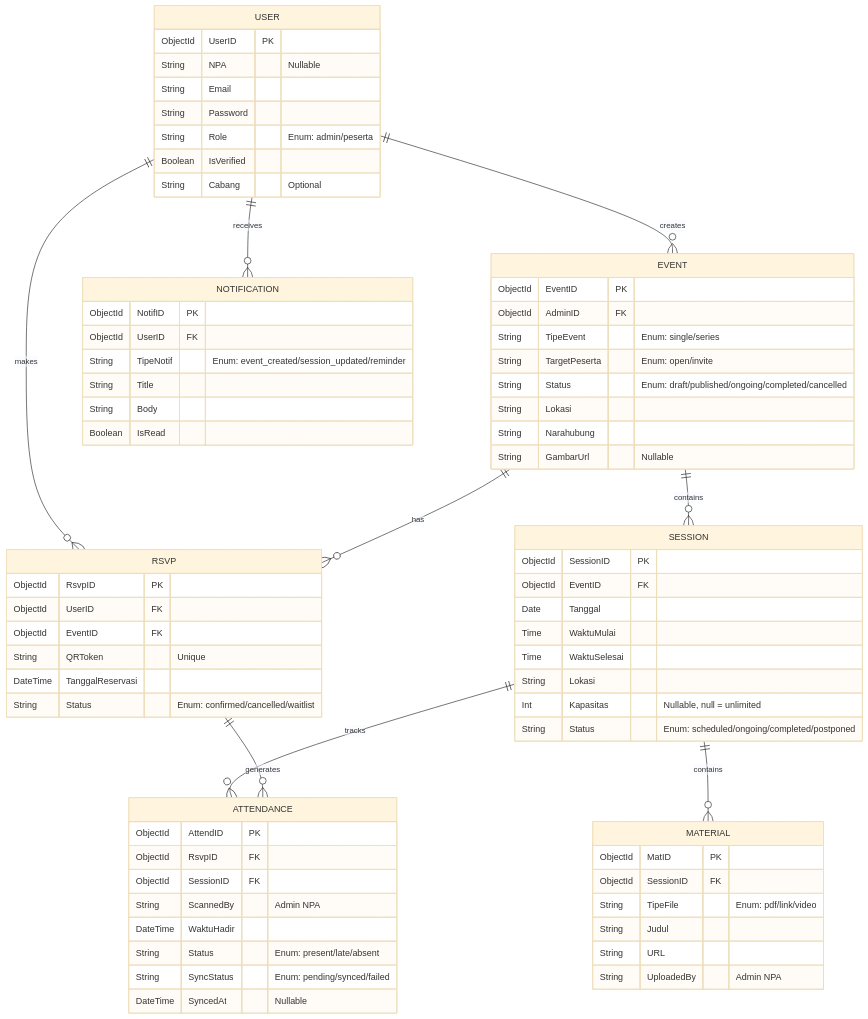
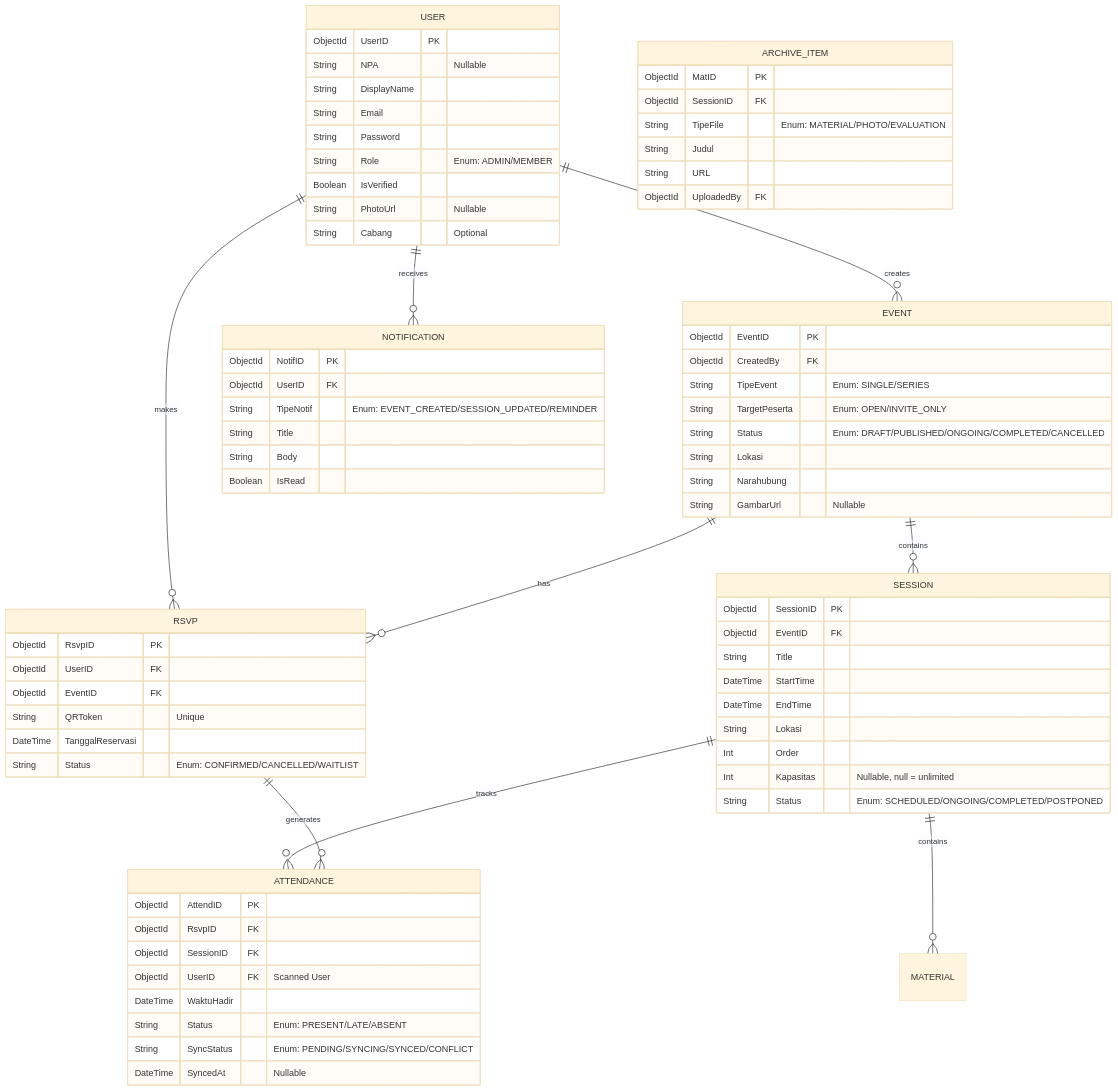
The first of 4 diagrams in .docs/md/spesifikasi-topik.md (ikhsan3adi/kegiatin), drawn with Mermaid (base theme) before and after one commit. The commit also changed other lines of this file and 5 other files, not shown here.

First line of the commit message:
docs: refine project architecture and data models

```diff
--- a/.docs/md/spesifikasi-topik.md
+++ b/.docs/md/spesifikasi-topik.md
@@ -350,19 +351,21 @@
     USER {
         ObjectId UserID PK
         String NPA "Nullable"
+        String DisplayName
         String Email
         String Password
-        String Role "Enum: admin/peserta"
+        String Role "Enum: ADMIN/MEMBER"
         Boolean IsVerified
+        String PhotoUrl "Nullable"
         String Cabang "Optional"
     }
     
     EVENT {
         ObjectId EventID PK
-        ObjectId AdminID FK
-        String TipeEvent "Enum: single/series"
-        String TargetPeserta "Enum: open/invite"
-        String Status "Enum: draft/published/ongoing/completed/cancelled"
+        ObjectId CreatedBy FK
+        String TipeEvent "Enum: SINGLE/SERIES"
+        String TargetPeserta "Enum: OPEN/INVITE_ONLY"
+        String Status "Enum: DRAFT/PUBLISHED/ONGOING/COMPLETED/CANCELLED"
         String Lokasi
         String Narahubung
         String GambarUrl "Nullable"
@@ -371,12 +374,13 @@
     SESSION {
         ObjectId SessionID PK
         ObjectId EventID FK
-        Date Tanggal
-        Time WaktuMulai
-        Time WaktuSelesai
+        String Title
+        DateTime StartTime
+        DateTime EndTime
         String Lokasi
+        Int Order
         Int Kapasitas "Nullable, null = unlimited"
-        String Status "Enum: scheduled/ongoing/completed/postponed"
+        String Status "Enum: SCHEDULED/ONGOING/COMPLETED/POSTPONED"
     }
     
     RSVP {
@@ -385,33 +389,33 @@
         ObjectId EventID FK
         String QRToken "Unique"
         DateTime TanggalReservasi
-        String Status "Enum: confirmed/cancelled/waitlist"
+        String Status "Enum: CONFIRMED/CANCELLED/WAITLIST"
     }
     
     ATTENDANCE {
         ObjectId AttendID PK
         ObjectId RsvpID FK
         ObjectId SessionID FK
-        String ScannedBy "Admin NPA"
+        ObjectId UserID FK "Scanned User"
         DateTime WaktuHadir
-        String Status "Enum: present/late/absent"
-        String SyncStatus "Enum: pending/synced/failed"
+        String Status "Enum: PRESENT/LATE/ABSENT"
+        String SyncStatus "Enum: PENDING/SYNCING/SYNCED/CONFLICT"
         DateTime SyncedAt "Nullable"
     }
     
-    MATERIAL {
+    ARCHIVE_ITEM {
         ObjectId MatID PK
         ObjectId SessionID FK
-        String TipeFile "Enum: pdf/link/video"
+        String TipeFile "Enum: MATERIAL/PHOTO/EVALUATION"
         String Judul
         String URL
-        String UploadedBy "Admin NPA"
+        ObjectId UploadedBy FK
     }
     
     NOTIFICATION {
         ObjectId NotifID PK
         ObjectId UserID FK
-        String TipeNotif "Enum: event_created/session_updated/reminder"
+        String TipeNotif "Enum: EVENT_CREATED/SESSION_UPDATED/REMINDER"
         String Title
         String Body
         Boolean IsRead
```
